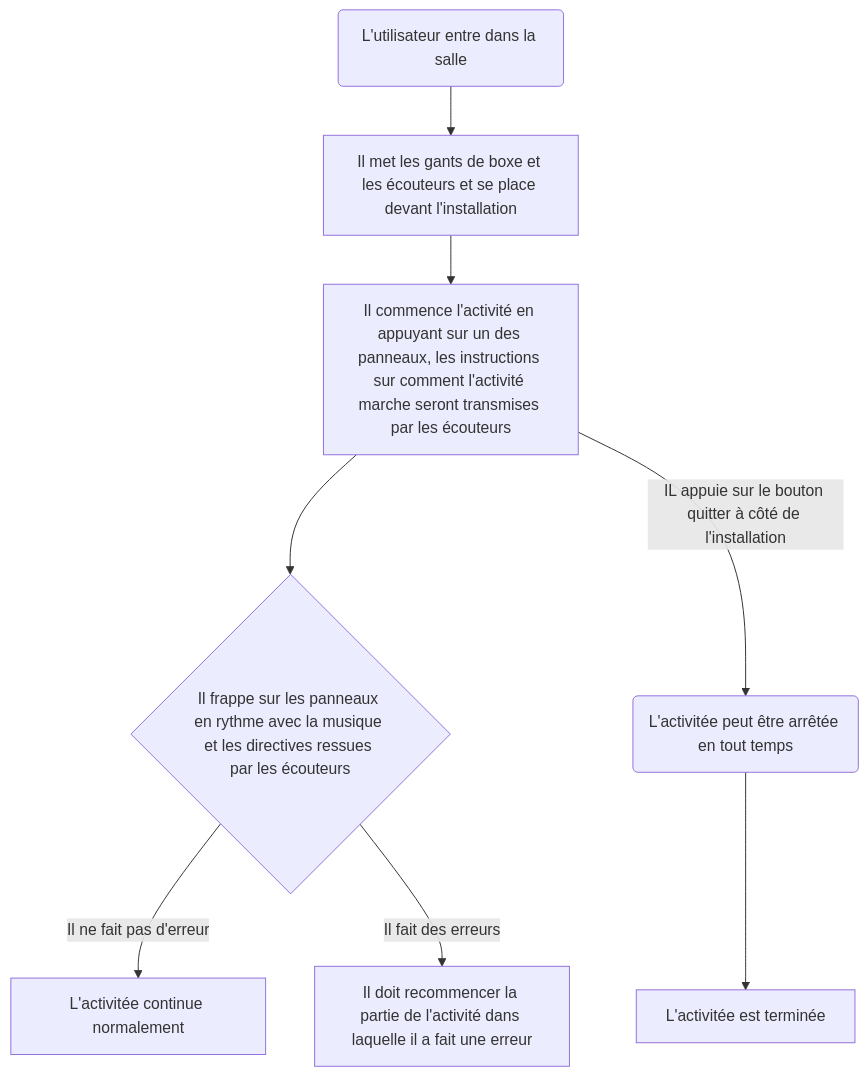
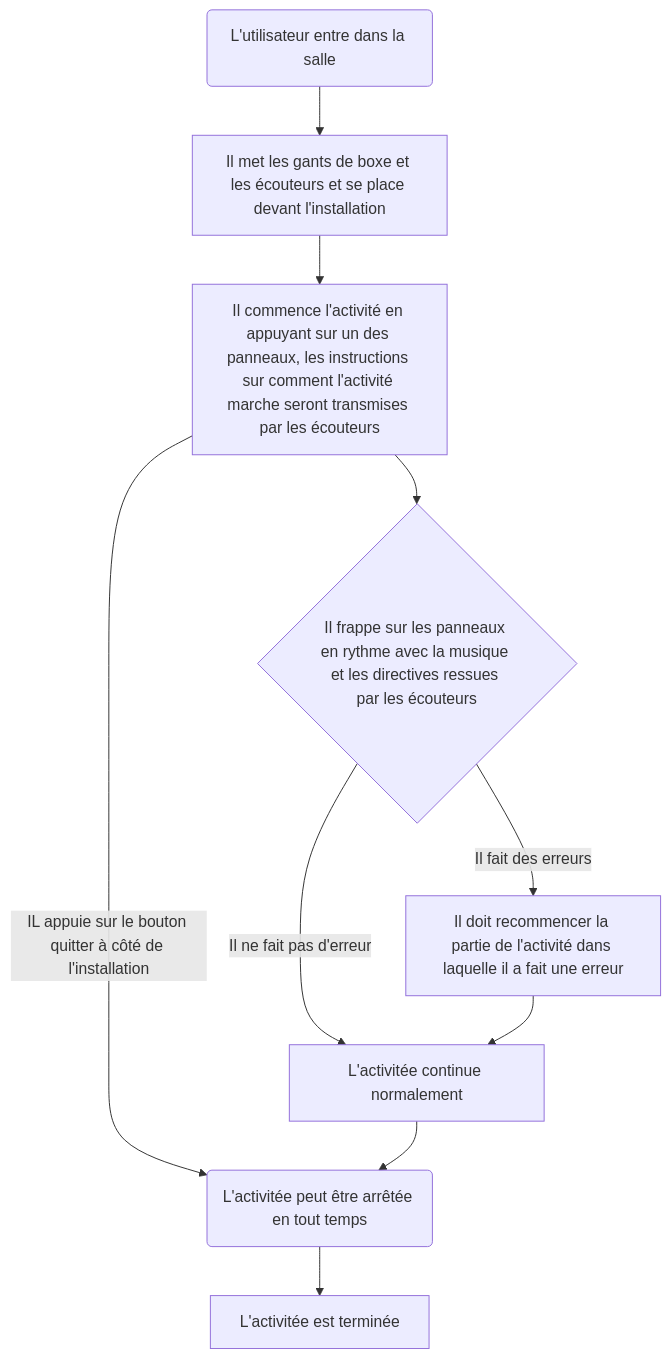
One commit to samesthumain/sac-de-sable changed the diagram in README.md. Above: the diagram before and after it, drawn with Mermaid.

````diff
--- a/README.md
+++ b/README.md
@@ -19,11 +19,13 @@
 ```mermaid
 flowchart TD
     A(L'utilisateur entre dans la salle) --> B[Il met les gants de boxe et les écouteurs et se place devant l'installation]
     B --> C[Il commence l'activité en appuyant sur un des panneaux, les instructions sur comment l'activité marche seront transmises par les écouteurs]
     C --> D{Il frappe sur les panneaux en rythme avec la musique et les directives ressues par les écouteurs}
     D -->|Il ne fait pas d'erreur| E[L'activitée continue normalement]
 D -->|Il fait des erreurs| F[Il doit recommencer la partie de l'activité dans laquelle il a fait une erreur]
+F --> E
     C -->|IL appuie sur le bouton quitter à côté de l'installation| G(L'activitée peut être arrêtée en tout temps)
     G --> H[L'activitée est terminée]
+E --> G
 
 ```
````
